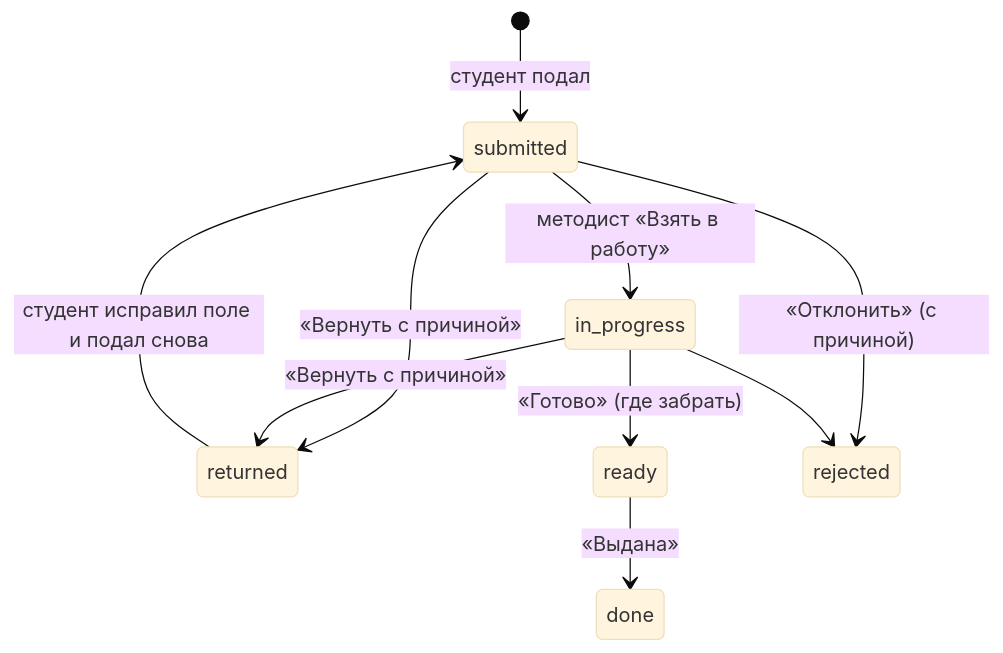
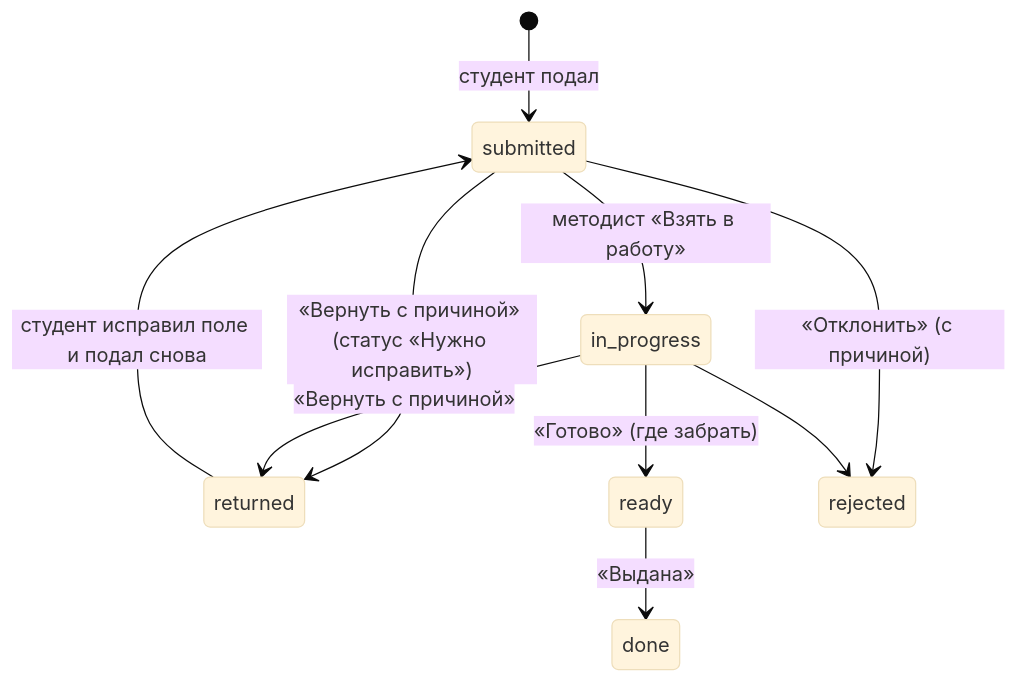
Before and after one commit to DverkuOff/digital-dean-concept: the second of 2 diagrams in docs/specs/data-model.md, drawn with Mermaid (base theme). The commit also changed 24 other files, not shown here.

````diff
--- a/docs/specs/data-model.md
+++ b/docs/specs/data-model.md
@@ -40,12 +40,12 @@
 ```mermaid
 stateDiagram-v2
   [*] --> submitted: студент подал
   submitted --> in_progress: методист «Взять в работу»
-  submitted --> returned: «Вернуть с причиной»
+  submitted --> returned: «Вернуть с причиной» (статус «Нужно исправить»)
   in_progress --> returned: «Вернуть с причиной»
   returned --> submitted: студент исправил поле и подал снова
   in_progress --> ready: «Готово» (где забрать)
   ready --> done: «Выдана»
   submitted --> rejected: «Отклонить» (с причиной)
   in_progress --> rejected
 ```
````
